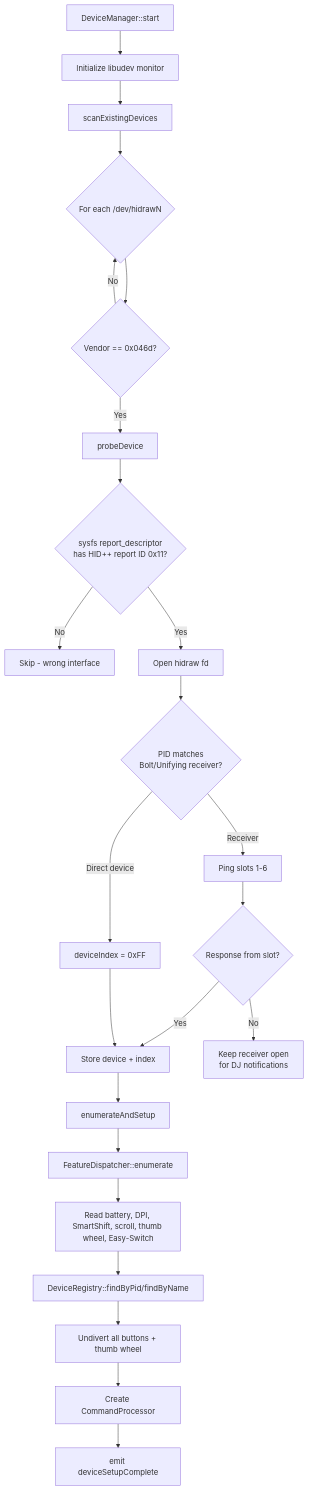
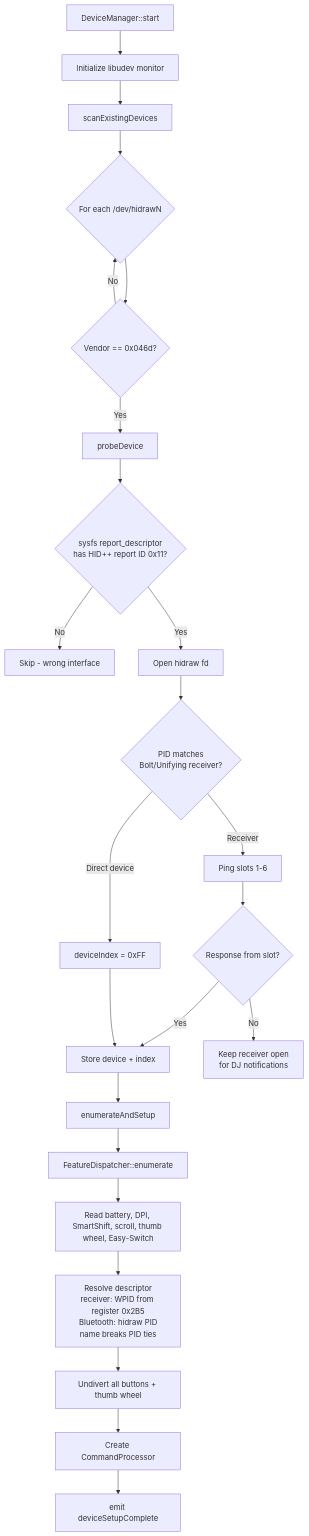
Before and after one commit to mmaher88/logitune: diagram 12 of 15 in docs/wiki/Architecture.md, drawn with Mermaid. The commit also changed 21 other files, not shown here.

First line of the commit message:
fix(devices): identify receiver mice by WPID and full name; add MX Master 3S For Business (#176)

````diff
--- a/docs/wiki/Architecture.md
+++ b/docs/wiki/Architecture.md
@@ -978,31 +978,31 @@
 ```mermaid
 flowchart TD
     Start[DeviceManager::start] --> InitUdev[Initialize libudev monitor]
     InitUdev --> Scan[scanExistingDevices]
     Scan --> ForEach{For each /dev/hidrawN}
 
     ForEach --> CheckVendor{Vendor == 0x046d?}
     CheckVendor -->|No| ForEach
     CheckVendor -->|Yes| Probe[probeDevice]
 
     Probe --> CheckDesc{sysfs report_descriptor<br/>has HID++ report ID 0x11?}
     CheckDesc -->|No| Skip[Skip - wrong interface]
     CheckDesc -->|Yes| Open[Open hidraw fd]
     Open --> CheckPID{PID matches<br/>Bolt/Unifying receiver?}
 
     CheckPID -->|Receiver| PingSlots[Ping slots 1-6]
     PingSlots --> Found{Response from slot?}
     Found -->|Yes| Connect[Store device + index]
     Found -->|No| KeepOpen[Keep receiver open<br/>for DJ notifications]
 
     CheckPID -->|Direct device| SetDirect[deviceIndex = 0xFF]
     SetDirect --> Connect
 
     Connect --> Enumerate[enumerateAndSetup]
     Enumerate --> Features[FeatureDispatcher::enumerate]
     Features --> ReadState[Read battery, DPI, SmartShift, scroll, thumb wheel, Easy-Switch]
-    ReadState --> LookupDesc[DeviceRegistry::findByPid/findByName]
+    ReadState --> LookupDesc[Resolve descriptor<br/>receiver: WPID from register 0x2B5<br/>Bluetooth: hidraw PID<br/>name breaks PID ties]
     LookupDesc --> Undivert[Undivert all buttons + thumb wheel]
     Undivert --> CreateQueue[Create CommandProcessor]
     CreateQueue --> Signal[emit deviceSetupComplete]
 ```
````
